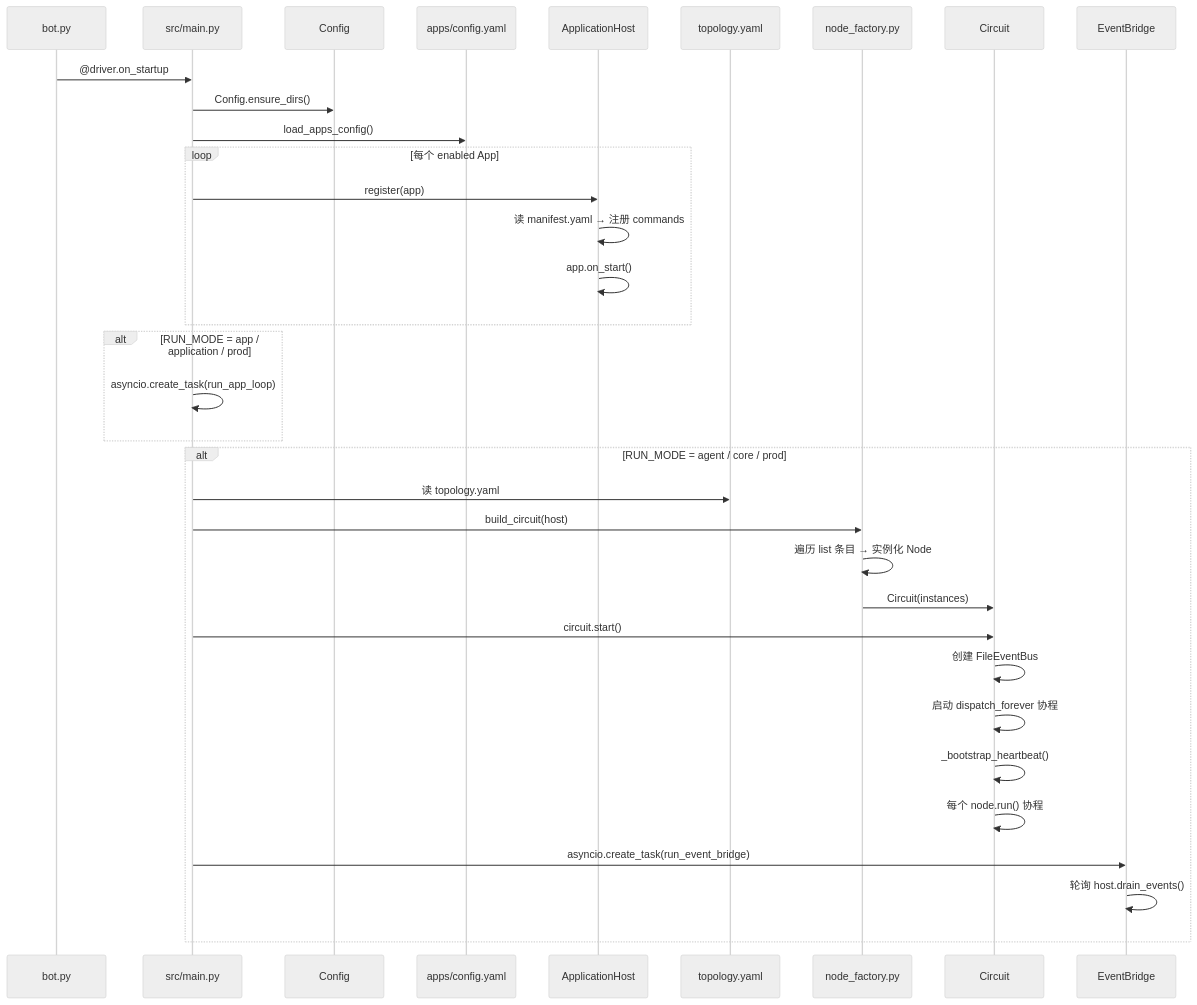
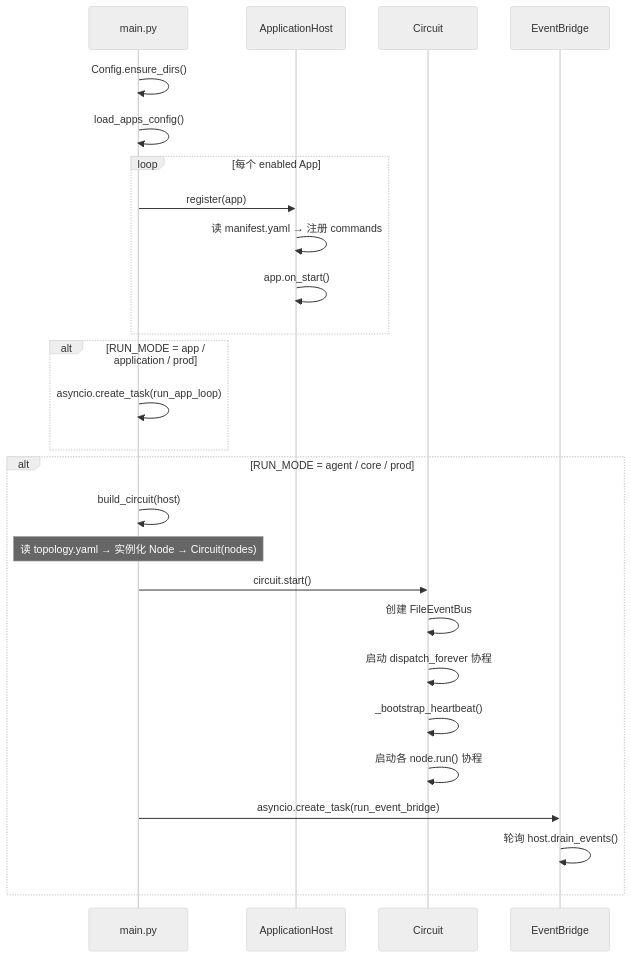
The first of 3 diagrams in appendix/kernel-runtime-flow.md (JuFireX/AuroraBot-docs), drawn with Mermaid (neutral theme) before and after one commit. The commit also changed other lines of this file and 2 other files, not shown here.

````diff
--- a/appendix/kernel-runtime-flow.md
+++ b/appendix/kernel-runtime-flow.md
@@ -11,42 +11,32 @@
 ```mermaid
 sequenceDiagram
-    participant bot as bot.py
-    participant main as src/main.py
-    participant cfg as Config
-    participant app_cfg as apps/config.yaml
+    participant main as main.py
     participant host as ApplicationHost
-    participant topo as topology.yaml
-    participant factory as node_factory.py
     participant circuit as Circuit
     participant bridge as EventBridge
 
-    bot->>main: @driver.on_startup
-    main->>cfg: Config.ensure_dirs()
-    main->>app_cfg: load_apps_config()
+    main->>main: Config.ensure_dirs()
+    main->>main: load_apps_config()
 
     loop 每个 enabled App
         main->>host: register(app)
         host->>host: 读 manifest.yaml → 注册 commands
         host->>host: app.on_start()
     end
 
     alt RUN_MODE = app / application / prod
         main->>main: asyncio.create_task(run_app_loop)
     end
 
     alt RUN_MODE = agent / core / prod
-        main->>topo: 读 topology.yaml
-        main->>factory: build_circuit(host)
-        factory->>factory: 遍历 list 条目 → 实例化 Node
-        factory->>circuit: Circuit(instances)
+        main->>main: build_circuit(host)
+        Note over main: 读 topology.yaml → 实例化 Node → Circuit(nodes)
         main->>circuit: circuit.start()
-
         circuit->>circuit: 创建 FileEventBus
         circuit->>circuit: 启动 dispatch_forever 协程
         circuit->>circuit: _bootstrap_heartbeat()
-        circuit->>circuit: 每个 node.run() 协程
-
+        circuit->>circuit: 启动各 node.run() 协程
         main->>bridge: asyncio.create_task(run_event_bridge)
         bridge->>bridge: 轮询 host.drain_events()
     end
 ```
````
